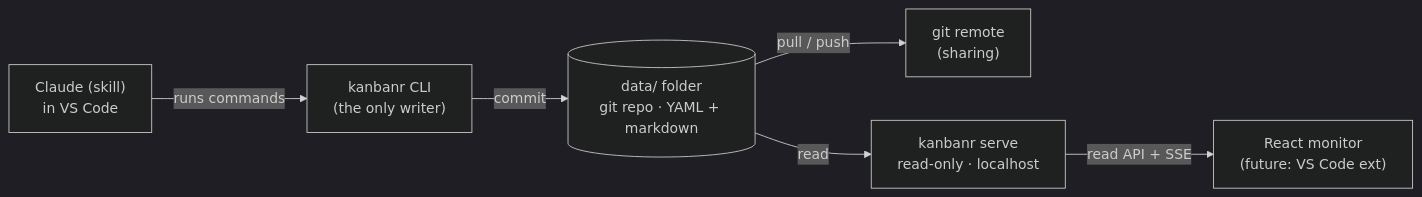
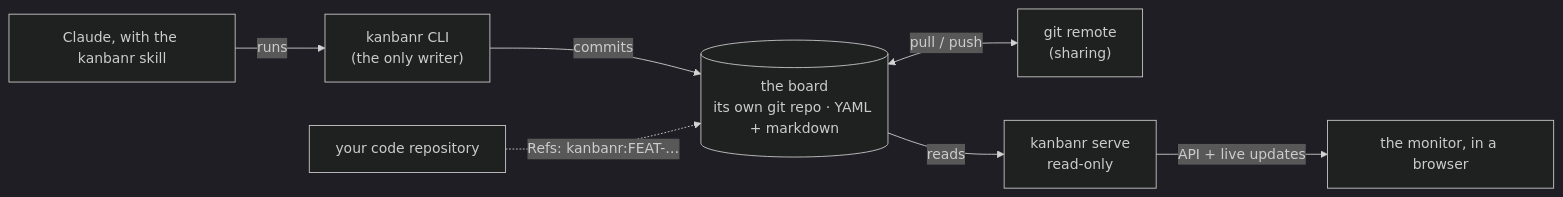
Before and after one commit to startr-trade/kanbanr: the diagram in README.md, drawn with Mermaid (dark theme). The commit also changed other lines of this file and 12 other files, not shown here.

````diff
--- a/README.md
+++ b/README.md
@@ -93,8 +139,9 @@
 ```mermaid
 flowchart LR
-  C["Claude (skill)<br/>in VS Code"] -->|runs commands| CLI["kanbanr CLI<br/>(the only writer)"]
-  CLI -->|commit| D[("data/ folder<br/>git repo · YAML + markdown")]
-  D -->|pull / push| R["git remote<br/>(sharing)"]
-  D -->|read| S["kanbanr serve<br/>read-only · localhost"]
-  S -->|"read API + SSE"| UI["React monitor<br/>(future: VS Code ext)"]
+  C["Claude, with the kanbanr skill"] -->|runs| CLI["kanbanr CLI<br/>(the only writer)"]
+  CLI -->|commits| B[("the board<br/>its own git repo · YAML + markdown")]
+  B <-->|pull / push| R["git remote<br/>(sharing)"]
+  B -->|reads| S["kanbanr serve<br/>read-only"]
+  S -->|"API + live updates"| UI["the monitor, in a browser"]
+  CODE["your code repository"] -.->|"Refs: kanbanr:FEAT-…"| B
 ```
````
